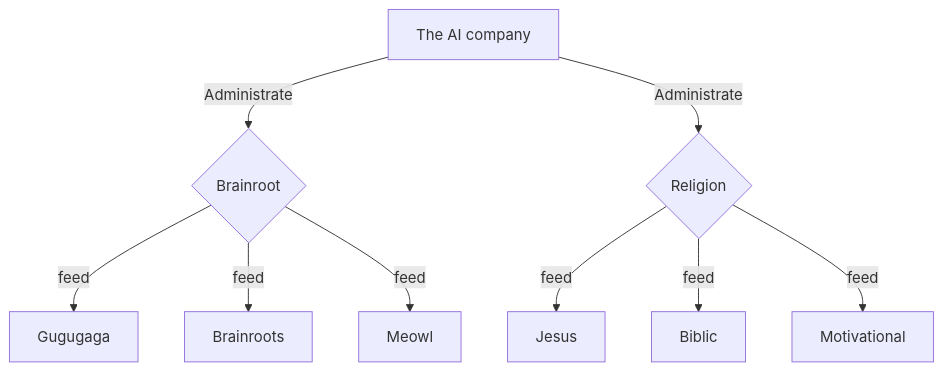
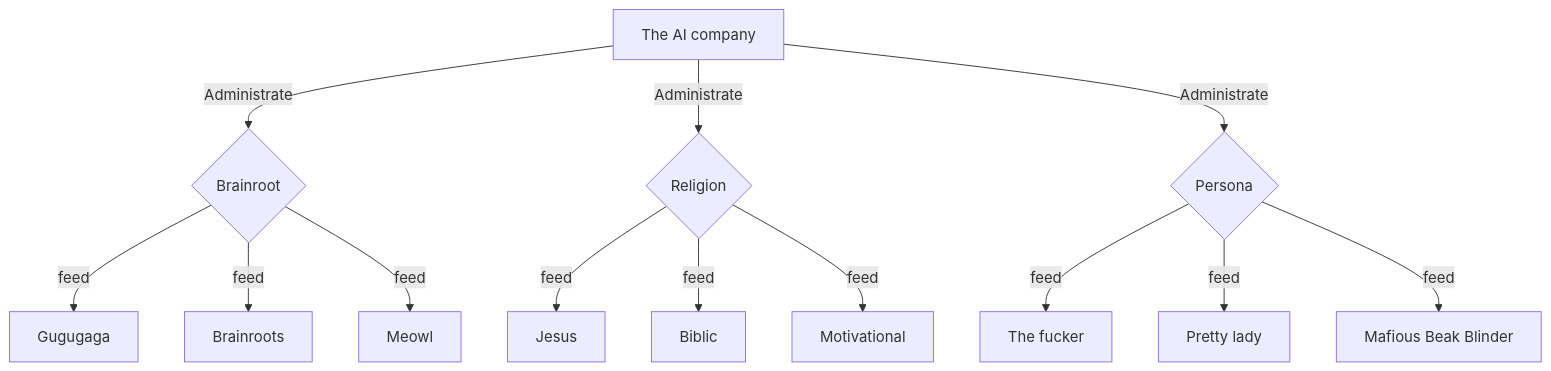
One commit to ColcheteDAO/AI changed the diagram in org.md. Above: the diagram before and after it, drawn with Mermaid.

````diff
--- a/org.md
+++ b/org.md
@@ -1,11 +1,15 @@
 ```mermaid
 flowchart TD
     A[The AI company] -->|Administrate| C{Brainroot}
     C -->|feed| D[Gugugaga]
     C -->|feed| E[Brainroots]
     C -->|feed| F[Meowl]
     A -->|Administrate| G{Religion}
     G -->|feed| H[Jesus]
     G -->|feed| I[Biblic]
     G -->|feed| J[Motivational]
+    A -->|Administrate| K{Persona}
+    K -->|feed| L[The fucker]
+    K -->|feed| M[Pretty lady]
+    K -->|feed| N[Mafious Beak Blinder]
 ```
````
